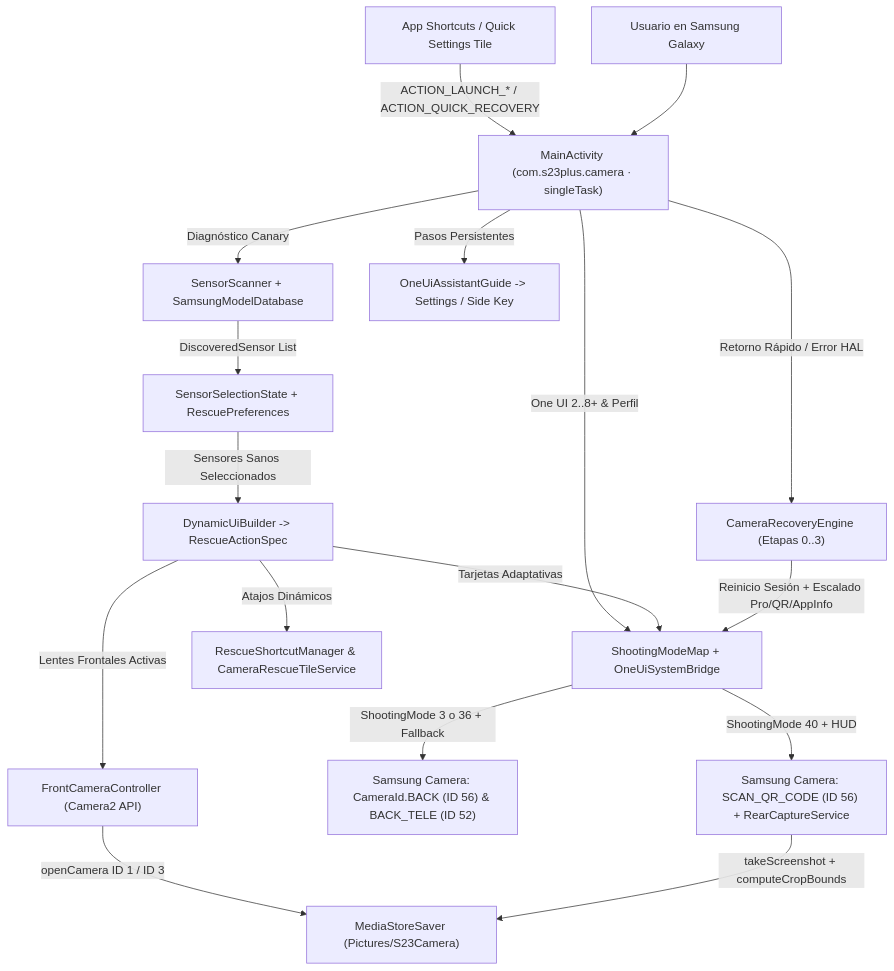
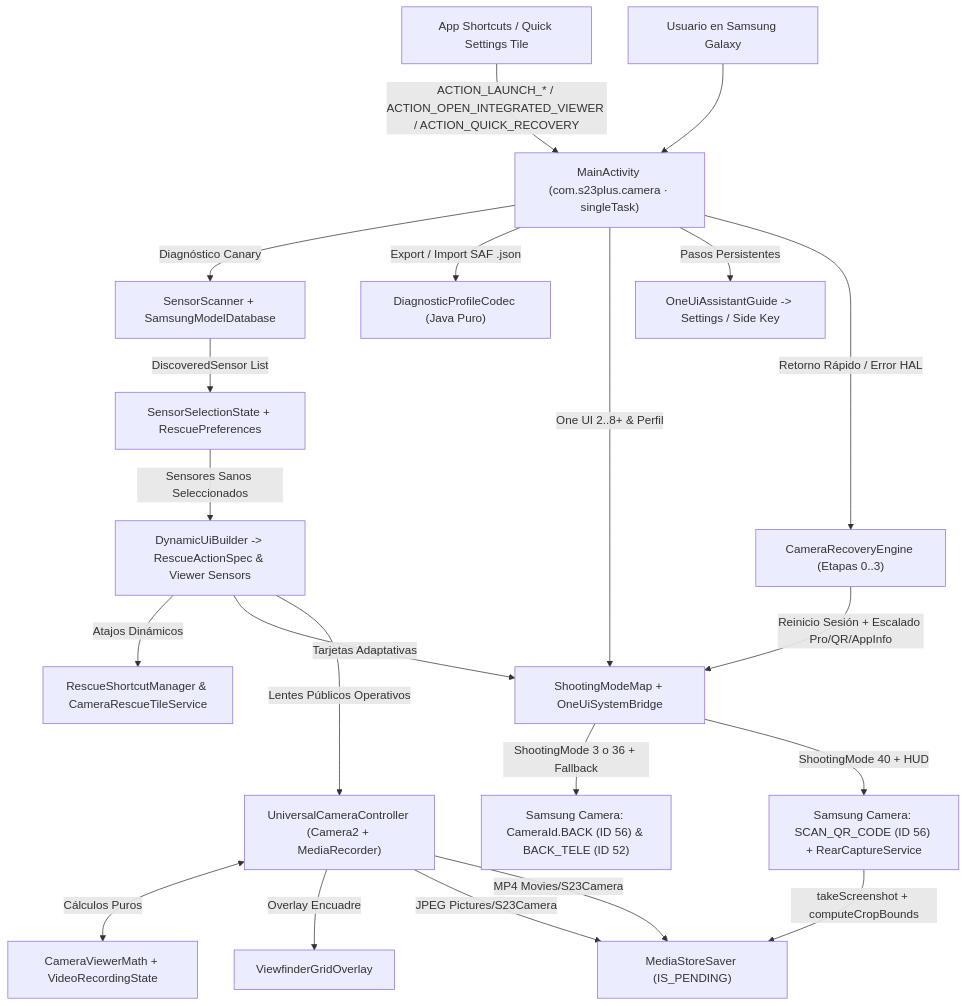
Before and after one commit to benedetto597/camera-rescue: the diagram in docs/architecture.md, drawn with Mermaid. The commit also changed other lines of this file and 4 other files, not shown here.

Commit message:
docs: document v2.0.0 universal Camera2 viewer, MP4 recording, SAF JSON profiles, and signed APK

````diff
--- a/docs/architecture.md
+++ b/docs/architecture.md
@@ -7,23 +7,27 @@
 ```mermaid
 flowchart TD
-    Launcher["App Shortcuts / Quick Settings Tile"] -->|ACTION_LAUNCH_* / ACTION_QUICK_RECOVERY| MainActivity["MainActivity (com.s23plus.camera · singleTask)"]
+    Launcher["App Shortcuts / Quick Settings Tile"] -->|ACTION_LAUNCH_* / ACTION_OPEN_INTEGRATED_VIEWER / ACTION_QUICK_RECOVERY| MainActivity["MainActivity (com.s23plus.camera · singleTask)"]
     User["Usuario en Samsung Galaxy"] --> MainActivity
 
     MainActivity -->|Diagnóstico Canary| Scanner["SensorScanner + SamsungModelDatabase"]
     Scanner -->|DiscoveredSensor List| Selection["SensorSelectionState + RescuePreferences"]
-    Selection -->|Sensores Sanos Seleccionados| Builder["DynamicUiBuilder -> RescueActionSpec"]
+    Selection -->|Sensores Sanos Seleccionados| Builder["DynamicUiBuilder -> RescueActionSpec & Viewer Sensors"]
+    MainActivity -->|Export / Import SAF .json| Codec["DiagnosticProfileCodec (Java Puro)"]
 
     MainActivity -->|One UI 2..8+ & Perfil| ModeMap["ShootingModeMap + OneUiSystemBridge"]
     MainActivity -->|Pasos Persistentes| Assistant["OneUiAssistantGuide -> Settings / Side Key"]
     MainActivity -->|Retorno Rápido / Error HAL| Recovery["CameraRecoveryEngine (Etapas 0..3)"]
 
     Builder -->|Atajos Dinámicos| Shortcuts["RescueShortcutManager & CameraRescueTileService"]
     Builder -->|Tarjetas Adaptativas| ModeMap
-    Builder -->|Lentes Frontales Activas| FrontCtrl["FrontCameraController (Camera2 API)"]
+    Builder -->|Lentes Públicos Operativos| ViewerCtrl["UniversalCameraController (Camera2 + MediaRecorder)"]
+    ViewerCtrl <-->|Cálculos Puros| ViewerMath["CameraViewerMath + VideoRecordingState"]
+    ViewerCtrl -->|Overlay Encuadre| GridOverlay["ViewfinderGridOverlay"]
 
-    FrontCtrl -->|openCamera ID 1 / ID 3| MediaStore["MediaStoreSaver (Pictures/S23Camera)"]
+    ViewerCtrl -->|JPEG Pictures/S23Camera| MediaStore["MediaStoreSaver (IS_PENDING)"]
+    ViewerCtrl -->|MP4 Movies/S23Camera| MediaStore
     ModeMap -->|ShootingMode 3 o 36 + Fallback| NativePro["Samsung Camera: CameraId.BACK (ID 56) & BACK_TELE (ID 52)"]
     ModeMap -->|ShootingMode 40 + HUD| NativeQr["Samsung Camera: SCAN_QR_CODE (ID 56) + RearCaptureService"]
     Recovery -->|Reinicio Sesión + Escalado Pro/QR/AppInfo| ModeMap
     NativeQr -->|takeScreenshot + computeCropBounds| MediaStore
 ```
````
